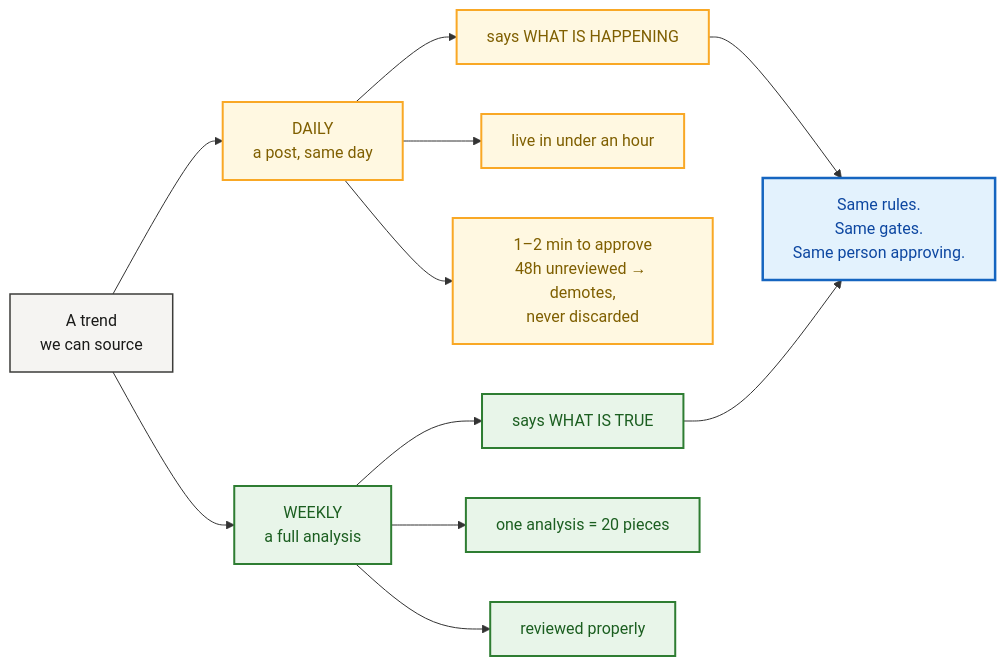
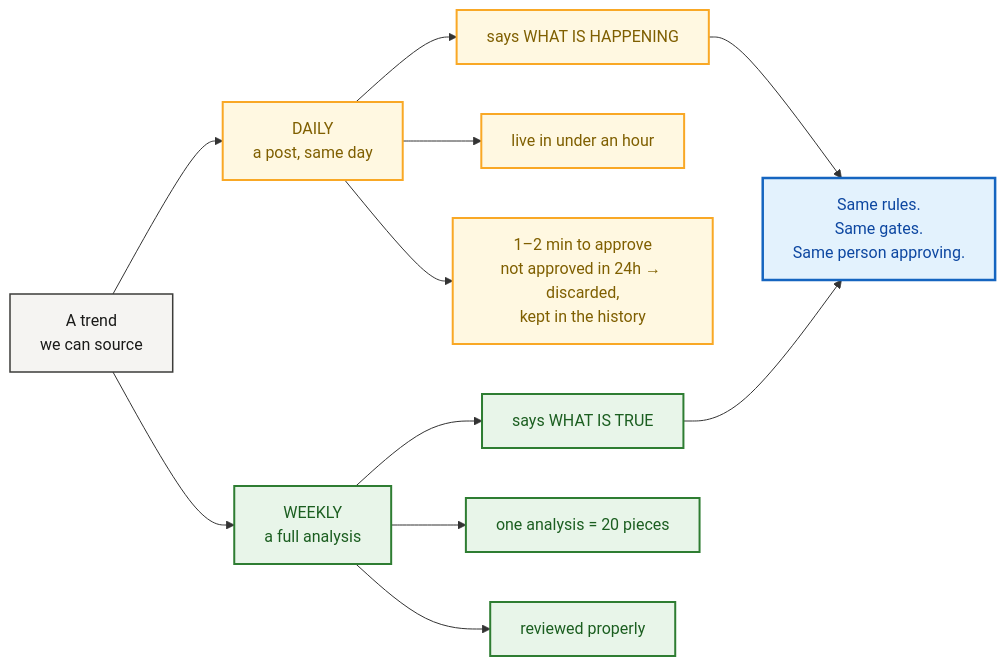
Before and after one commit to rathishreya/Caspr: the third of 24 diagrams in docs/gtm/content-engine-flowchart.md, drawn with Mermaid. The commit also changed other lines of this file and 36 other files, not shown here.

````diff
--- a/docs/gtm/content-engine-flowchart.md
+++ b/docs/gtm/content-engine-flowchart.md
@@ -206,27 +206,27 @@
 ```mermaid
 flowchart LR
     T["A trend<br/>we can source"]
 
     T --> D["DAILY<br/>a post, same day"]
     T --> W["WEEKLY<br/>a full analysis"]
 
     D --> D1["says WHAT IS HAPPENING"]
     D --> D2["live in under an hour"]
-    D --> D3["1–2 min to approve<br/>48h unreviewed → demotes,<br/>never discarded"]
+    D --> D3["1–2 min to approve<br/>not approved in 24h → discarded,<br/>kept in the history"]
 
     W --> W1["says WHAT IS TRUE"]
     W --> W2["one analysis = 20 pieces"]
     W --> W3["reviewed properly"]
 
     D1 --> R["Same rules.<br/>Same gates.<br/>Same person approving."]
     W1 --> R
 
     classDef t fill:#f5f4f2,stroke:#3c3c3a,stroke-width:1.5px,color:#1a1a19
     classDef d fill:#fff8e1,stroke:#f9a825,stroke-width:2px,color:#7f5f00
     classDef w fill:#e8f5e9,stroke:#2e7d32,stroke-width:2px,color:#1b5e20
     classDef r fill:#e3f2fd,stroke:#1565c0,stroke-width:2.5px,color:#0d47a1
     class T t
     class D,D1,D2,D3 d
     class W,W1,W2,W3 w
     class R r
 ```
````
